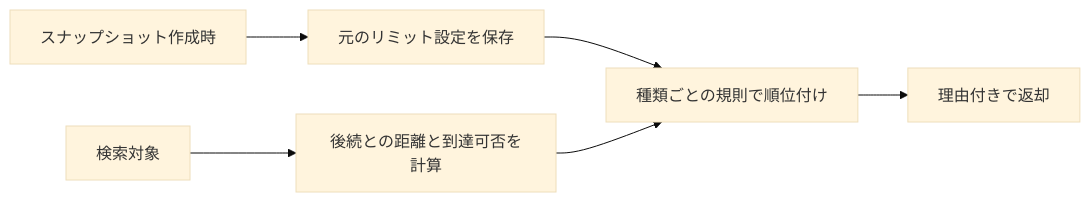
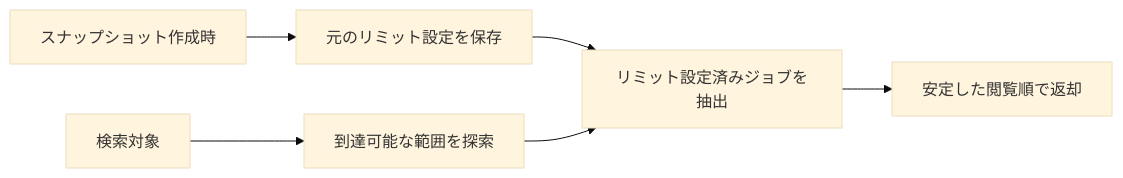
Before and after one commit to vnzzzz/batch-scope: the diagram in docs/design/decisions.md, drawn with Mermaid (base theme). The commit also changed other lines of this file and 16 other files, not shown here.

````diff
--- a/docs/design/decisions.md
+++ b/docs/design/decisions.md
@@ -68,8 +68,8 @@
 ```mermaid
 flowchart LR
     S[スナップショット作成時] --> F[元のリミット設定を保存]
-    Q[検索対象] --> D[後続との距離と到達可否を計算]
-    F --> R[種類ごとの規則で順位付け]
-    D --> R
-    R --> O[理由付きで返却]
+    Q[検索対象] --> D[到達可能な範囲を探索]
+    F --> E[リミット設定済みジョブを抽出]
+    D --> E
+    E --> O[安定した閲覧順で返却]
 ```
````
